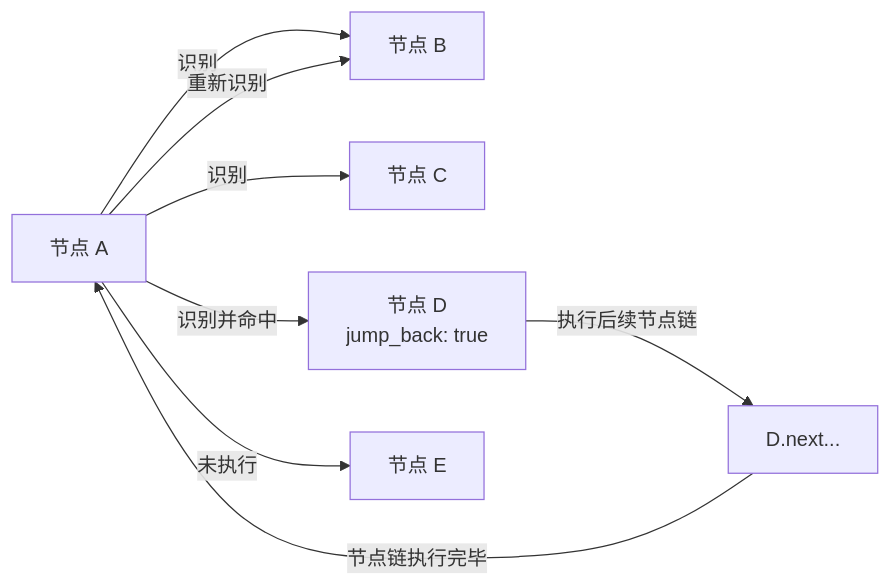
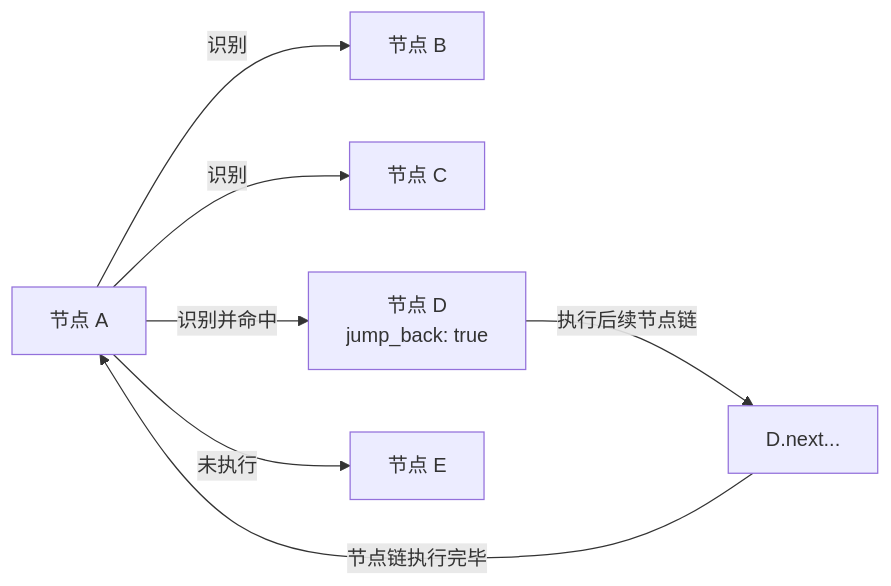
The fourth of 4 diagrams in docs/zh_cn/3.1-任务流水线协议.md (MaaXYZ/MaaFramework), drawn with Mermaid before and after one commit. The commit also changed other lines of this file and 1 other file, not shown here.

````diff
--- a/docs/zh_cn/3.1-任务流水线协议.md
+++ b/docs/zh_cn/3.1-任务流水线协议.md
@@ -367,10 +367,9 @@
 ```mermaid
 graph LR
     A[节点 A] -->|识别| B[节点 B]
     A -->|识别| C[节点 C]
     A -->|识别并命中| D[节点 D<br/>jump_back: true]
     A -->|未执行| E[节点 E]
     D -->|执行后续节点链| F[D.next...]
     F -->|节点链执行完毕| A
-    A -->|重新识别| B
 ```
````
